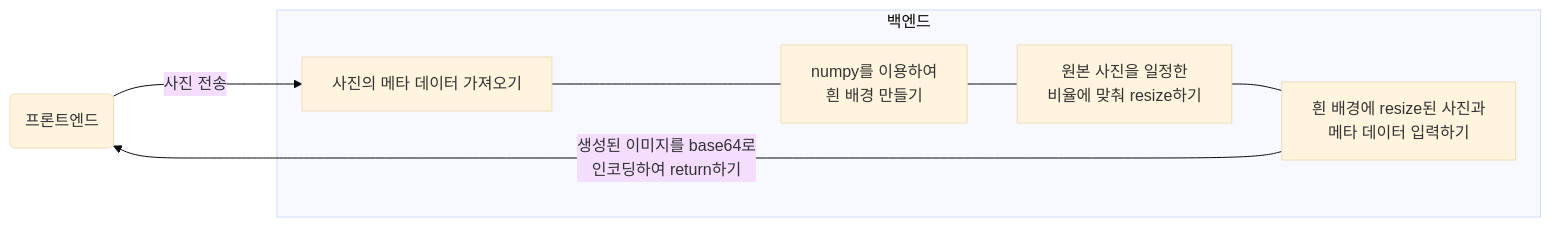
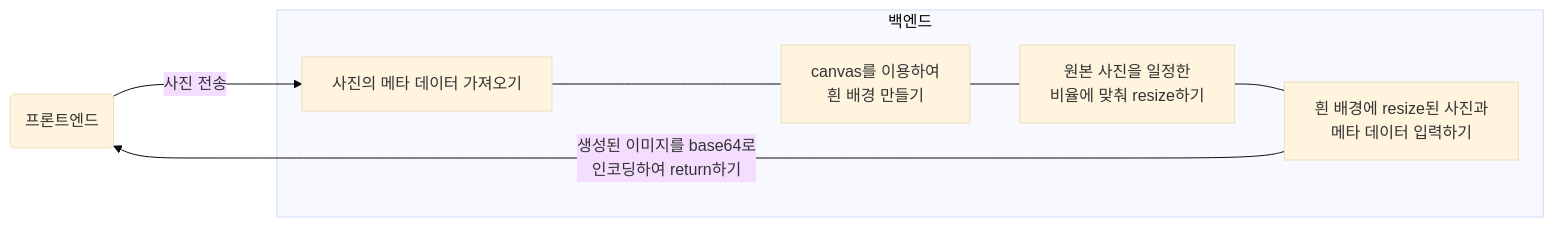
The diagram in README.md (lee-seokmin/PhotoFrame), drawn with Mermaid (base theme) before and after one commit. The commit also changed other lines of this file and 1 other file, not shown here.

````diff
--- a/README.md
+++ b/README.md
@@ -76,18 +88,18 @@
 ```mermaid
 flowchart LR
     A(프론트엔드)
     B[사진의 메타 데이터 가져오기]
-    C[numpy를 이용하여
+    C[canvas를 이용하여
     흰 배경 만들기]
     D[원본 사진을 일정한 
     비율에 맞춰 resize하기]
     E[흰 배경에 resize된 사진과
     메타 데이터 입력하기]
 
     A ---> |사진 전송| B
     subgraph 백엔드
     B --- C --- D --- E
     end
     E ---> |생성된 이미지를 base64로 
     인코딩하여 return하기| A
 ```
````
